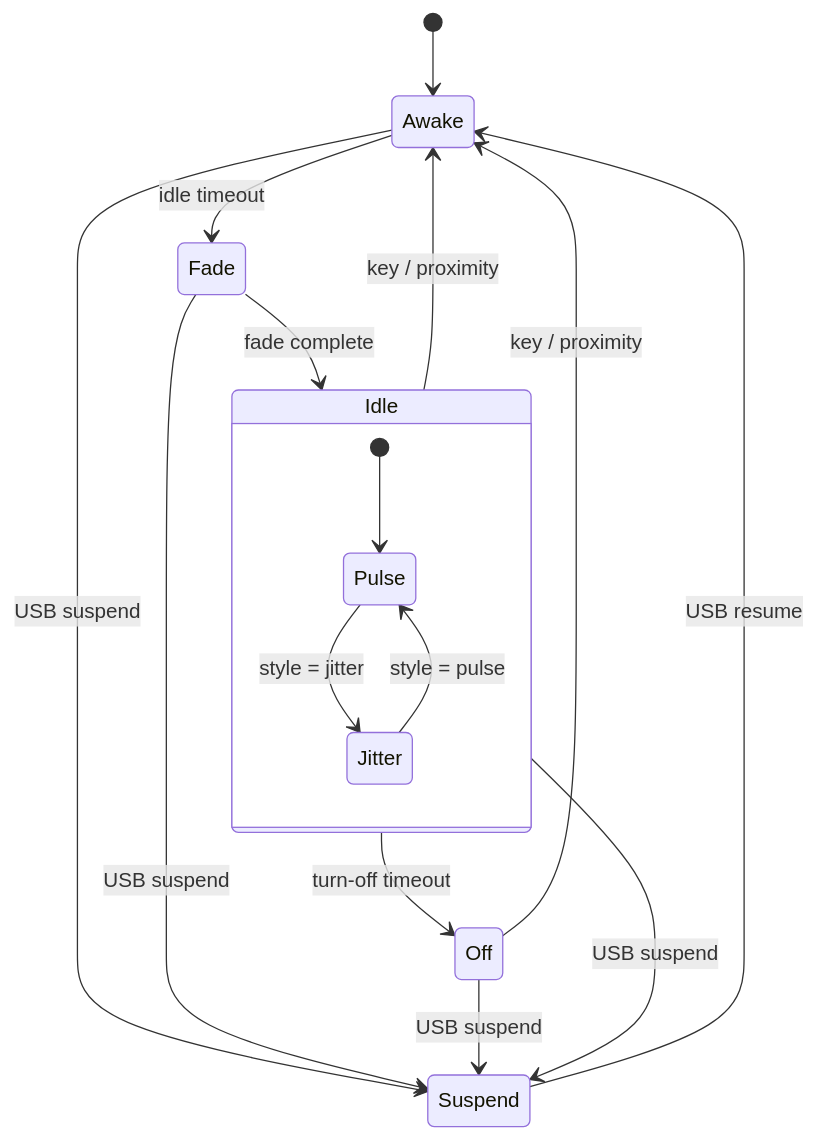
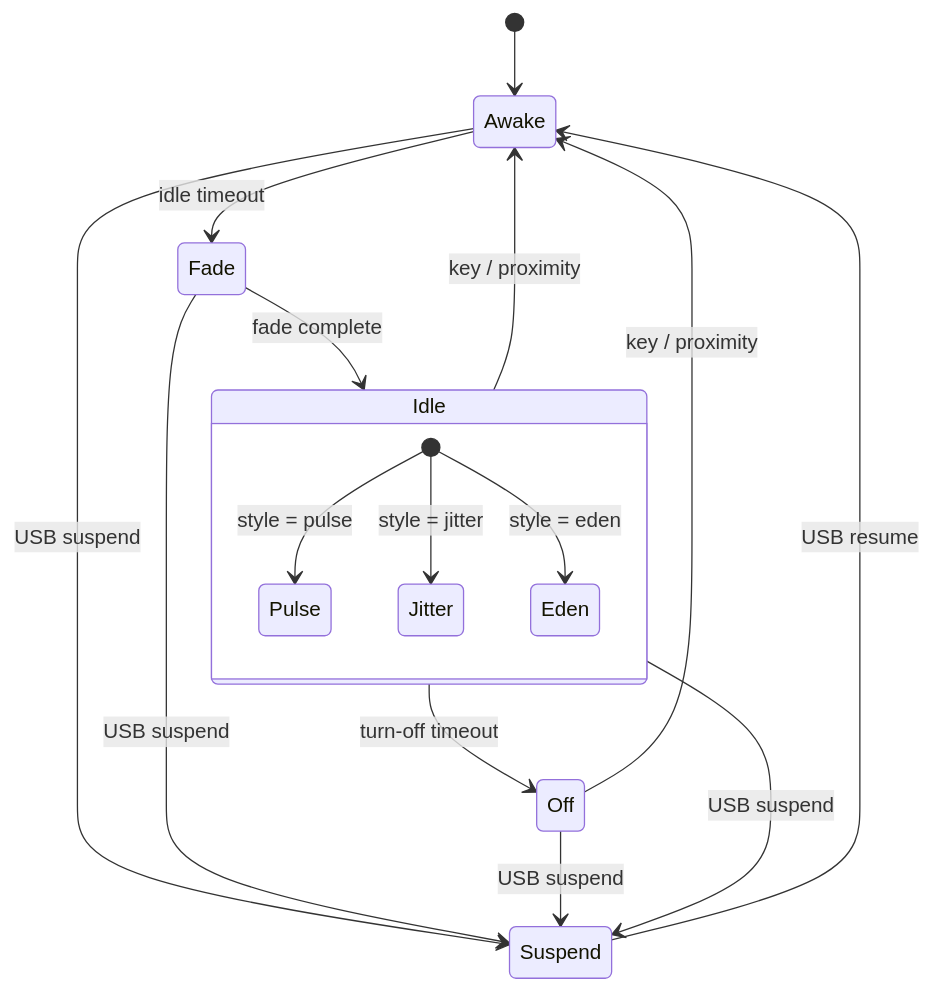
Before and after one commit to thpoll83/polykybd-docs: the fourth of 6 diagrams in src/content/docs/development/system-model.mdx, drawn with Mermaid. The commit also changed other lines of this file and 1 other file, not shown here.

First line of the commit message:
docs: make the CLI reference and state model agree that Eden exists

````diff
--- a/src/content/docs/development/system-model.mdx
+++ b/src/content/docs/development/system-model.mdx
@@ -213,19 +214,19 @@
 ```mermaid
 stateDiagram-v2
   [*] --> Awake
   Awake --> Fade: idle timeout
   Fade --> Idle: fade complete
   state Idle {
-    [*] --> Pulse
-    Pulse --> Jitter: style = jitter
-    Jitter --> Pulse: style = pulse
+    [*] --> Pulse: style = pulse
+    [*] --> Jitter: style = jitter
+    [*] --> Eden: style = eden
   }
   Idle --> Off: turn-off timeout
   Awake --> Suspend: USB suspend
   Fade --> Suspend: USB suspend
   Idle --> Suspend: USB suspend
   Off --> Suspend: USB suspend
   Idle --> Awake: key / proximity
   Off --> Awake: key / proximity
   Suspend --> Awake: USB resume
 ```
````
